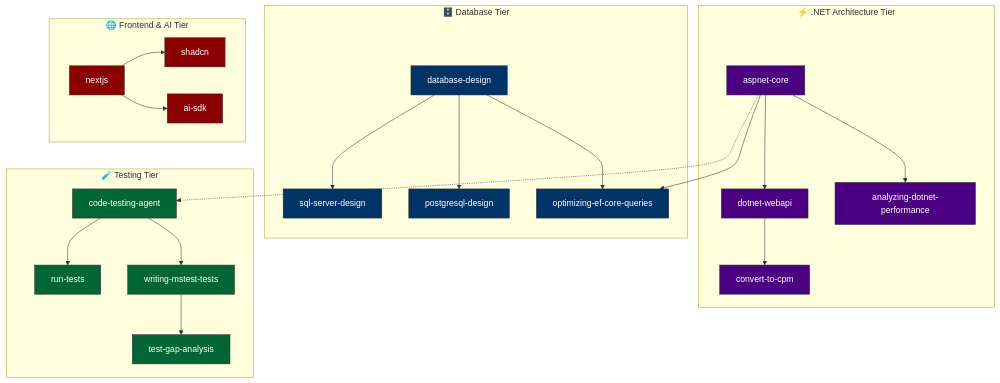
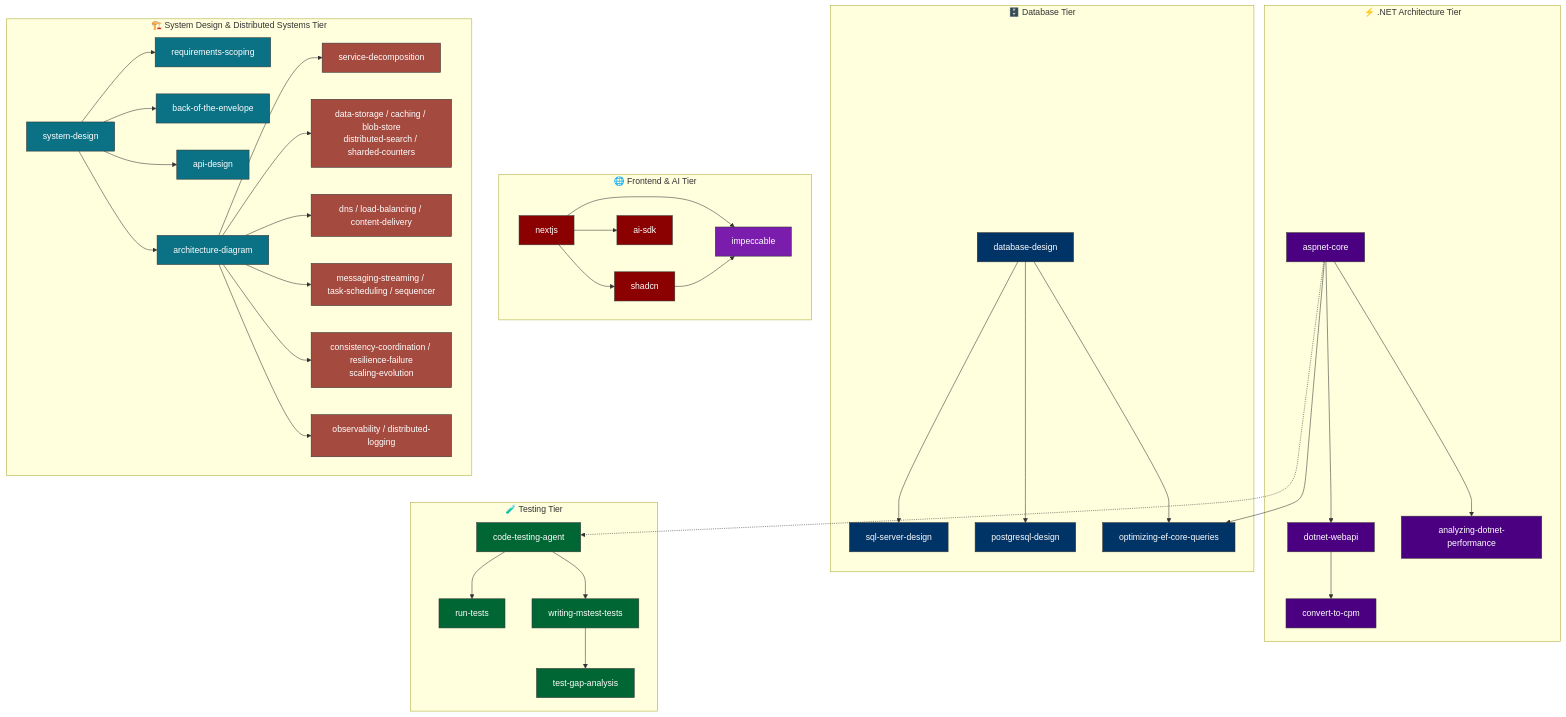
One commit to Kiadttiphoom/my-skills-ai changed the diagram in README.md. Above: the diagram before and after it, drawn with Mermaid. The commit also changed other lines of this file, not shown here.

```diff
--- a/README.md
+++ b/README.md
@@ -58,6 +70,9 @@
     classDef dotnet fill:#4B0082,stroke:#333,stroke-width:1px,color:#fff;
     classDef test fill:#006633,stroke:#333,stroke-width:1px,color:#fff;
     classDef fe fill:#8B0000,stroke:#333,stroke-width:1px,color:#fff;
+    classDef design fill:#7A1CAC,stroke:#333,stroke-width:1px,color:#fff;
+    classDef system fill:#0B7285,stroke:#333,stroke-width:1px,color:#fff;
+    classDef distributed fill:#A44A3F,stroke:#333,stroke-width:1px,color:#fff;
 
     subgraph DB["🗄️ Database Tier"]
         DB_BASE["database-design"]:::db
@@ -97,9 +112,37 @@
         NEXT["nextjs"]:::fe
         SHADCN["shadcn"]:::fe
         AISDK["ai-sdk"]:::fe
+        IMPECCABLE["impeccable"]:::design
         
         NEXT --> SHADCN
         NEXT --> AISDK
+        NEXT --> IMPECCABLE
+        SHADCN --> IMPECCABLE
+    end
+
+    subgraph SYSTEM["🏗️ System Design & Distributed Systems Tier"]
+        SYS["system-design"]:::system
+        REQ["requirements-scoping"]:::system
+        BOTEC["back-of-the-envelope"]:::system
+        API_DESIGN["api-design"]:::system
+        ARCH_DIAGRAM["architecture-diagram"]:::system
+        SERVICES["service-decomposition"]:::distributed
+        DATA_STACK["data-storage / caching / blob-store<br/>distributed-search / sharded-counters"]:::distributed
+        EDGE_STACK["dns / load-balancing / content-delivery"]:::distributed
+        ASYNC_STACK["messaging-streaming / task-scheduling / sequencer"]:::distributed
+        RELIABILITY["consistency-coordination / resilience-failure<br/>scaling-evolution"]:::distributed
+        OBS_STACK["observability / distributed-logging"]:::distributed
+
+        SYS --> REQ
+        SYS --> BOTEC
+        SYS --> API_DESIGN
+        SYS --> ARCH_DIAGRAM
+        ARCH_DIAGRAM --> SERVICES
+        ARCH_DIAGRAM --> DATA_STACK
+        ARCH_DIAGRAM --> EDGE_STACK
+        ARCH_DIAGRAM --> ASYNC_STACK
+        ARCH_DIAGRAM --> RELIABILITY
+        ARCH_DIAGRAM --> OBS_STACK
     end
 
     ASP -.-> TEST_AGENT
```
